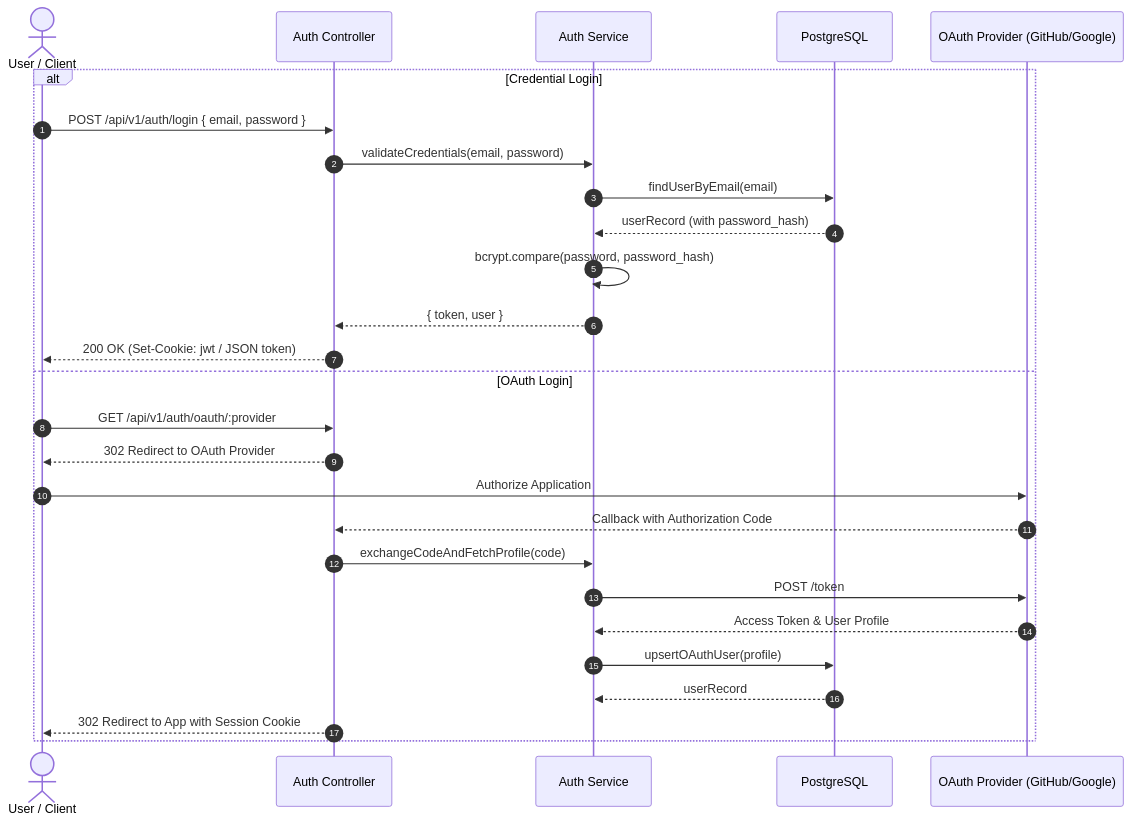
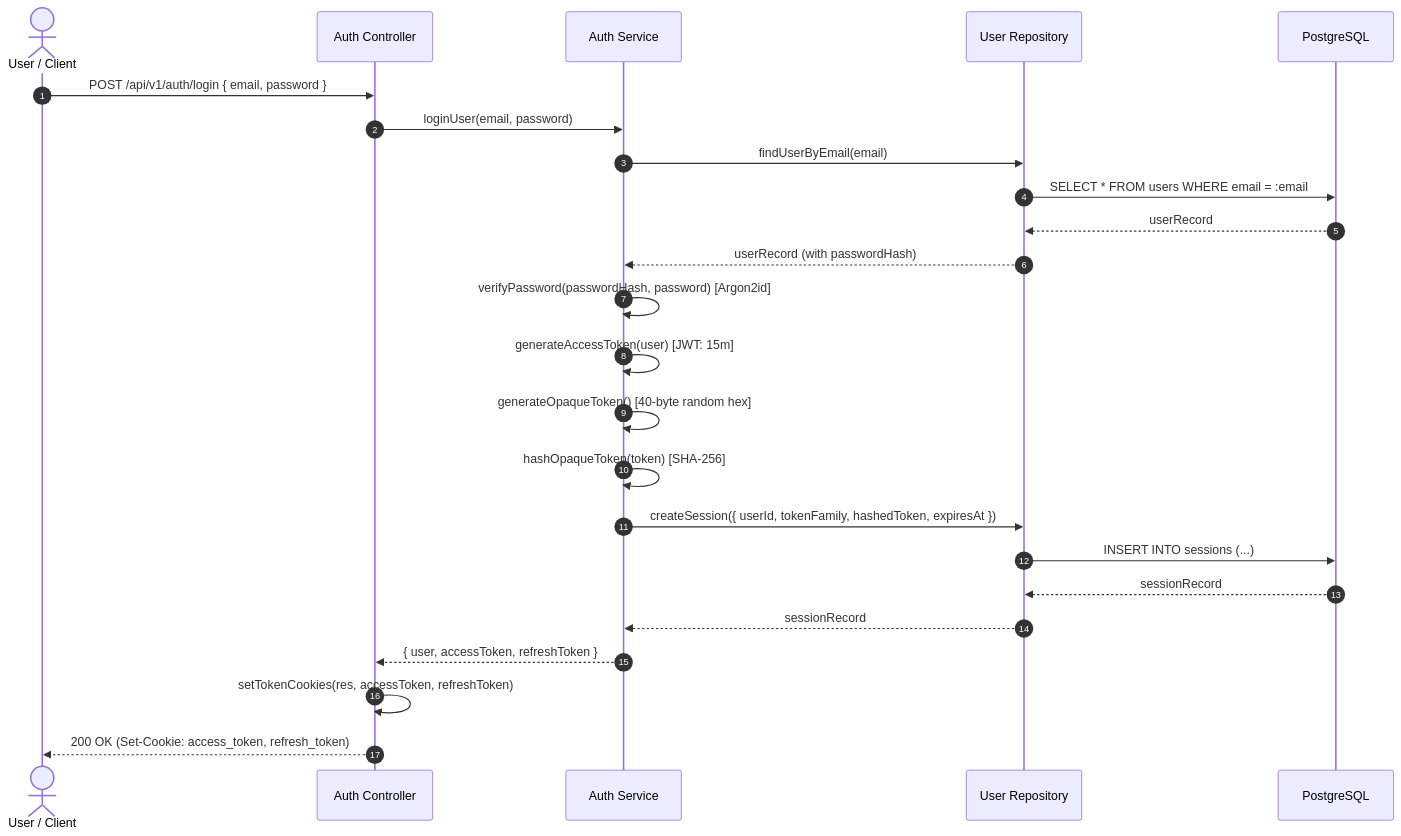
One commit to imshubhamgiri/Career-Map changed the first of 2 diagrams in docs/flows/auth.md. Above: the diagram before and after it, drawn with Mermaid. The commit also changed other lines of this file and 2 other files, not shown here.

Commit message:
docs(architecture): update architecture docs, changelog, and auth flow diagrams

````diff
--- a/docs/flows/auth.md
+++ b/docs/flows/auth.md
@@ -7,30 +13,29 @@
 ```mermaid
 sequenceDiagram
     autonumber
     actor User as User / Client
     participant AuthCtrl as Auth Controller
     participant AuthService as Auth Service
+    participant UserRepo as User Repository
     participant DB as PostgreSQL
-    participant OAuth as OAuth Provider (GitHub/Google)
 
-    alt Credential Login
-        User->>AuthCtrl: POST /api/v1/auth/login { email, password }
-        AuthCtrl->>AuthService: validateCredentials(email, password)
-        AuthService->>DB: findUserByEmail(email)
-        DB-->>AuthService: userRecord (with password_hash)
-        AuthService->>AuthService: bcrypt.compare(password, password_hash)
-        AuthService-->>AuthCtrl: { token, user }
-        AuthCtrl-->>User: 200 OK (Set-Cookie: jwt / JSON token)
-    else OAuth Login
-        User->>AuthCtrl: GET /api/v1/auth/oauth/:provider
-        AuthCtrl-->>User: 302 Redirect to OAuth Provider
-        User->>OAuth: Authorize Application
-        OAuth-->>AuthCtrl: Callback with Authorization Code
-        AuthCtrl->>AuthService: exchangeCodeAndFetchProfile(code)
-        AuthService->>OAuth: POST /token
-        OAuth-->>AuthService: Access Token & User Profile
-        AuthService->>DB: upsertOAuthUser(profile)
-        DB-->>AuthService: userRecord
-        AuthCtrl-->>User: 302 Redirect to App with Session Cookie
-    end
+    User->>AuthCtrl: POST /api/v1/auth/login { email, password }
+    AuthCtrl->>AuthService: loginUser(email, password)
+    AuthService->>UserRepo: findUserByEmail(email)
+    UserRepo->>DB: SELECT * FROM users WHERE email = :email
+    DB-->>UserRepo: userRecord
+    UserRepo-->>AuthService: userRecord (with passwordHash)
+    AuthService->>AuthService: verifyPassword(passwordHash, password) [Argon2id]
+    
+    AuthService->>AuthService: generateAccessToken(user) [JWT: 15m]
+    AuthService->>AuthService: generateOpaqueToken() [40-byte random hex]
+    AuthService->>AuthService: hashOpaqueToken(token) [SHA-256]
+    AuthService->>UserRepo: createSession({ userId, tokenFamily, hashedToken, expiresAt })
+    UserRepo->>DB: INSERT INTO sessions (...)
+    DB-->>UserRepo: sessionRecord
+    UserRepo-->>AuthService: sessionRecord
+    
+    AuthService-->>AuthCtrl: { user, accessToken, refreshToken }
+    AuthCtrl->>AuthCtrl: setTokenCookies(res, accessToken, refreshToken)
+    AuthCtrl-->>User: 200 OK (Set-Cookie: access_token, refresh_token)
 ```
````
